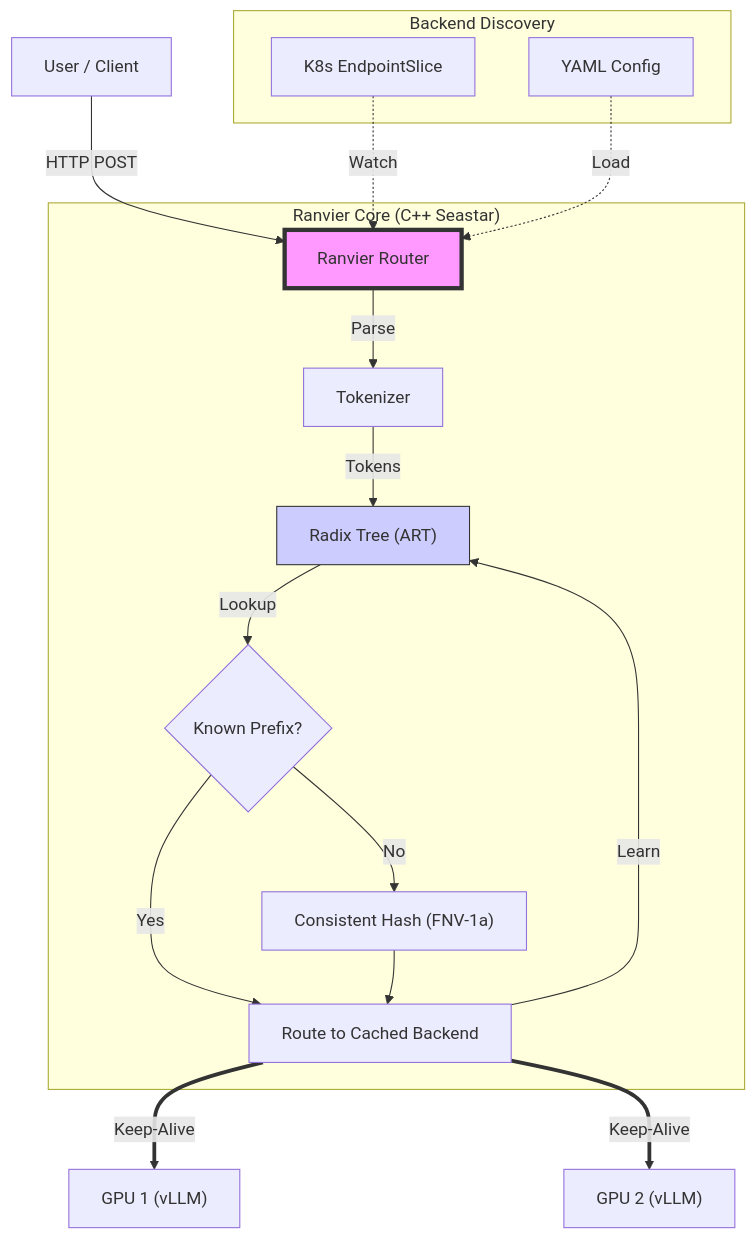
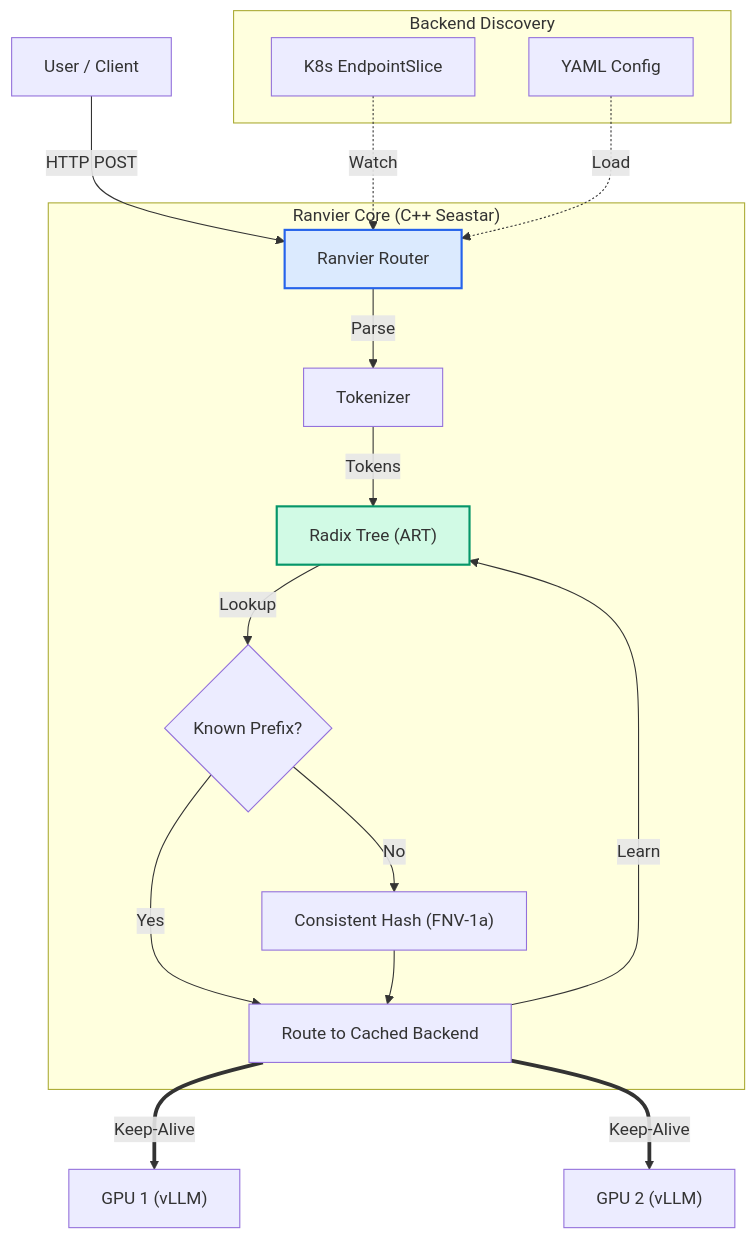
Before and after one commit to Ranvier-Systems/ranvier-core: the diagram in README.md, drawn with Mermaid.

Commit message:
docs: improve diagram readability with better colors
Changed box styling for better contrast:
- Router: light blue (#dbeafe) with blue border
- Radix: light green (#d1fae5) with green border

Previous pink/lavender colors were hard to read.

https://claude.ai/code/session_01YS4t5wrLkVhk8maWZSRK8V

````diff
--- a/README.md
+++ b/README.md
@@ -117,25 +117,25 @@
 ```mermaid
 graph TD
     User["User / Client"] -->|HTTP POST| Router["Ranvier Router"]
 
     subgraph "Ranvier Core (C++ Seastar)"
         Router -->|Parse| Tokenizer["Tokenizer"]
         Tokenizer -->|Tokens| Radix["Radix Tree (ART)"]
         Radix -->|Lookup| Cache{"Known Prefix?"}
         Cache -- Yes --> Route["Route to Cached Backend"]
         Cache -- No --> Hash["Consistent Hash (FNV-1a)"]
         Hash --> Route
         Route -->|Learn| Radix
     end
 
     subgraph "Backend Discovery"
         K8s["K8s EndpointSlice"] -.->|Watch| Router
         Config["YAML Config"] -.->|Load| Router
     end
 
     Route == "Keep-Alive" ==> GPU1["GPU 1 (vLLM)"]
     Route == "Keep-Alive" ==> GPU2["GPU 2 (vLLM)"]
 
-    style Router fill:#f9f,stroke:#333,stroke-width:4px
-    style Radix fill:#ccf,stroke:#333
+    style Router fill:#dbeafe,stroke:#2563eb,stroke-width:2px
+    style Radix fill:#d1fae5,stroke:#059669,stroke-width:2px
 ```
````
